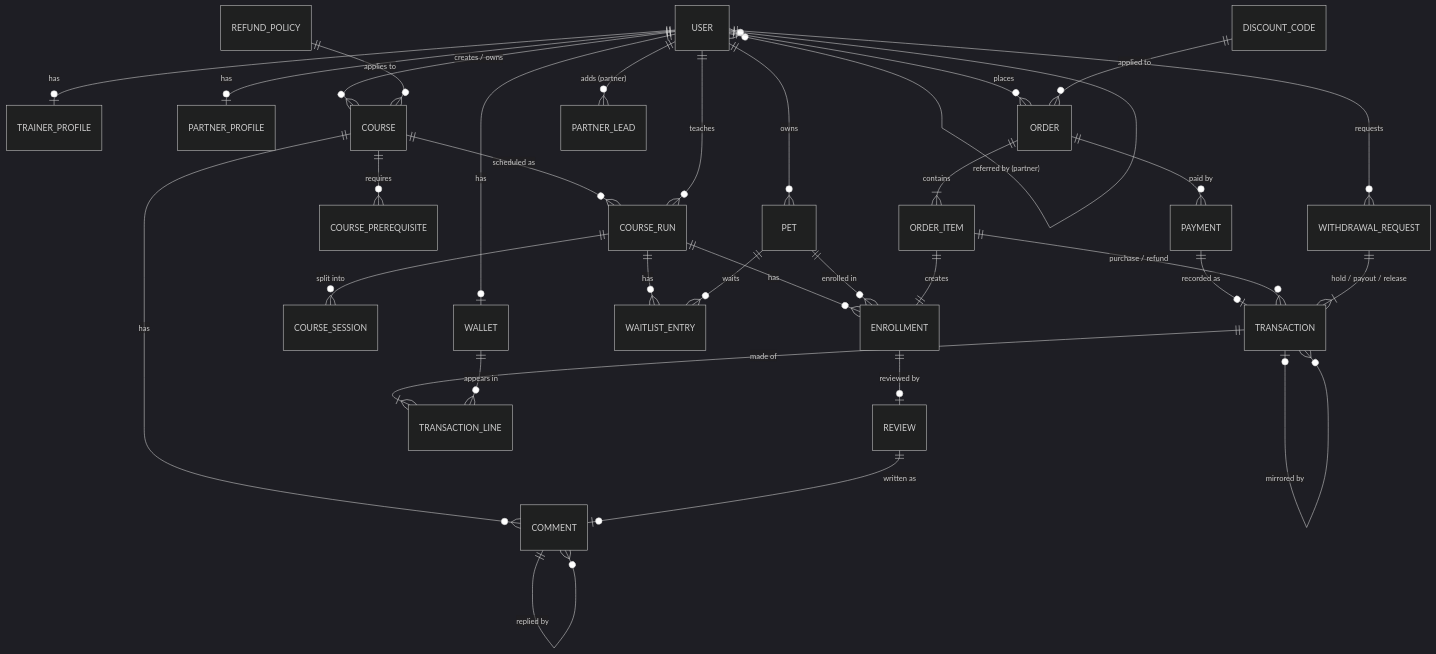
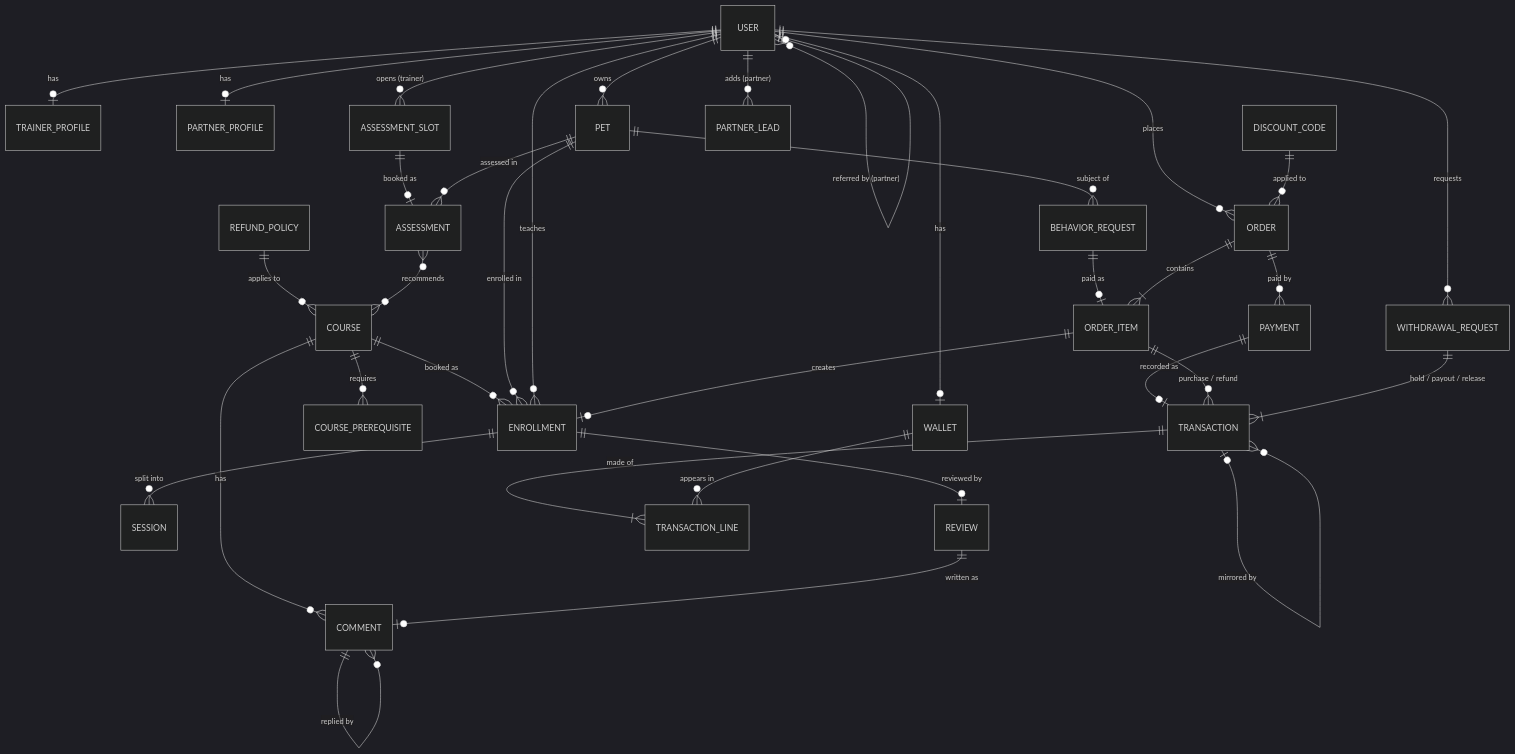
The diagram in docs/app-phase-one.md (SinaTZ0/zurvan), drawn with Mermaid (dark theme) before and after one commit. The commit also changed other lines of this file and 30 other files, not shown here.

````diff
--- a/docs/app-phase-one.md
+++ b/docs/app-phase-one.md
@@ -305,35 +329,37 @@
 ```mermaid
 erDiagram
   USER ||--o| TRAINER_PROFILE : has
   USER ||--o| PARTNER_PROFILE : has
   USER ||--o| WALLET : has
   USER ||--o{ PET : owns
   USER }o--o| USER : "referred by (partner)"
-  USER ||--o{ COURSE : "creates / owns"
   REFUND_POLICY ||--o{ COURSE : "applies to"
   COURSE ||--o{ COURSE_PREREQUISITE : requires
-  COURSE ||--o{ COURSE_RUN : "scheduled as"
-  USER ||--o{ COURSE_RUN : teaches
-  COURSE_RUN ||--o{ COURSE_SESSION : "split into"
-  COURSE_RUN ||--o{ ENROLLMENT : has
-  COURSE_RUN ||--o{ WAITLIST_ENTRY : has
+  USER ||--o{ ASSESSMENT_SLOT : "opens (trainer)"
+  ASSESSMENT_SLOT ||--o| ASSESSMENT : "booked as"
+  PET ||--o{ ASSESSMENT : "assessed in"
+  ASSESSMENT }o--o{ COURSE : recommends
+  PET ||--o{ BEHAVIOR_REQUEST : "subject of"
+  BEHAVIOR_REQUEST ||--o| ORDER_ITEM : "paid as"
+  COURSE ||--o{ ENROLLMENT : "booked as"
   PET ||--o{ ENROLLMENT : "enrolled in"
-  PET ||--o{ WAITLIST_ENTRY : waits
+  USER ||--o{ ENROLLMENT : teaches
+  ENROLLMENT ||--o{ SESSION : "split into"
   ENROLLMENT ||--o| REVIEW : "reviewed by"
   COURSE ||--o{ COMMENT : has
   COMMENT ||--o{ COMMENT : "replied by"
   REVIEW ||--o| COMMENT : "written as"
   USER ||--o{ ORDER : places
   DISCOUNT_CODE ||--o{ ORDER : "applied to"
   ORDER ||--|{ ORDER_ITEM : contains
-  ORDER_ITEM ||--|| ENROLLMENT : creates
+  ORDER_ITEM ||--o| ENROLLMENT : creates
   ORDER ||--o{ PAYMENT : "paid by"
   PAYMENT ||--o| TRANSACTION : "recorded as"
   ORDER_ITEM ||--o{ TRANSACTION : "purchase / refund"
   TRANSACTION ||--|{ TRANSACTION_LINE : "made of"
   WALLET ||--o{ TRANSACTION_LINE : "appears in"
   TRANSACTION |o--o{ TRANSACTION : "mirrored by"
   USER ||--o{ WITHDRAWAL_REQUEST : requests
   WITHDRAWAL_REQUEST ||--|{ TRANSACTION : "hold / payout / release"
   USER ||--o{ PARTNER_LEAD : "adds (partner)"
 ```
````
